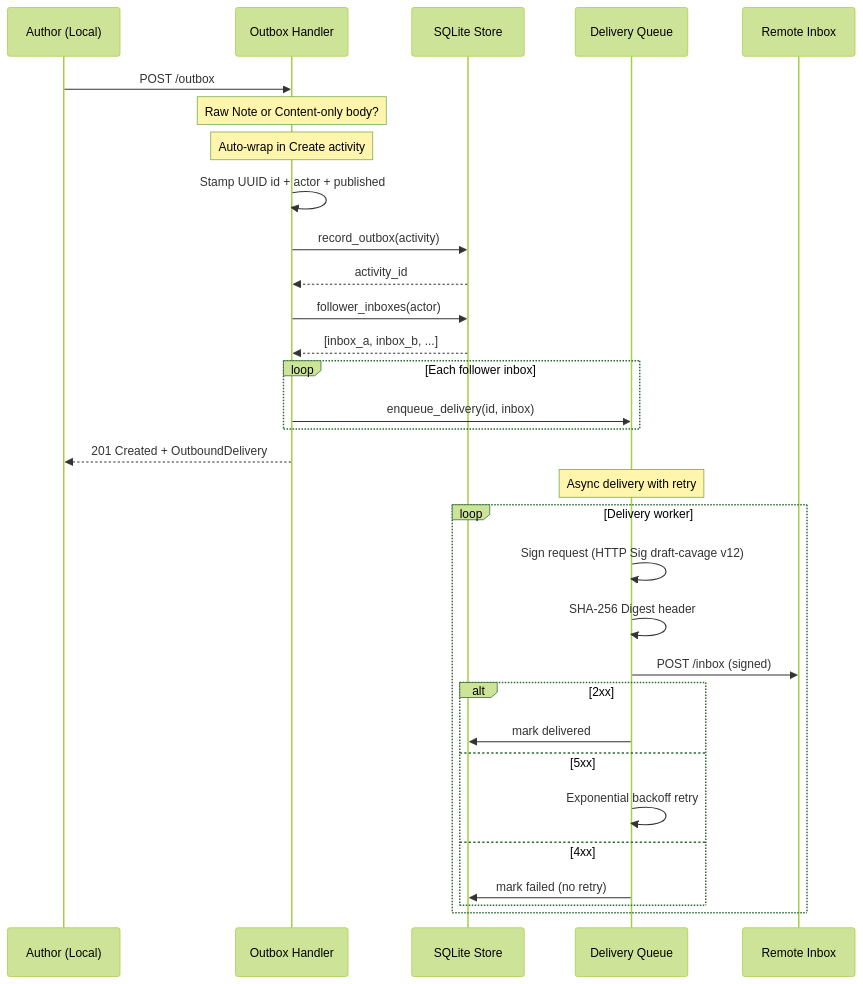
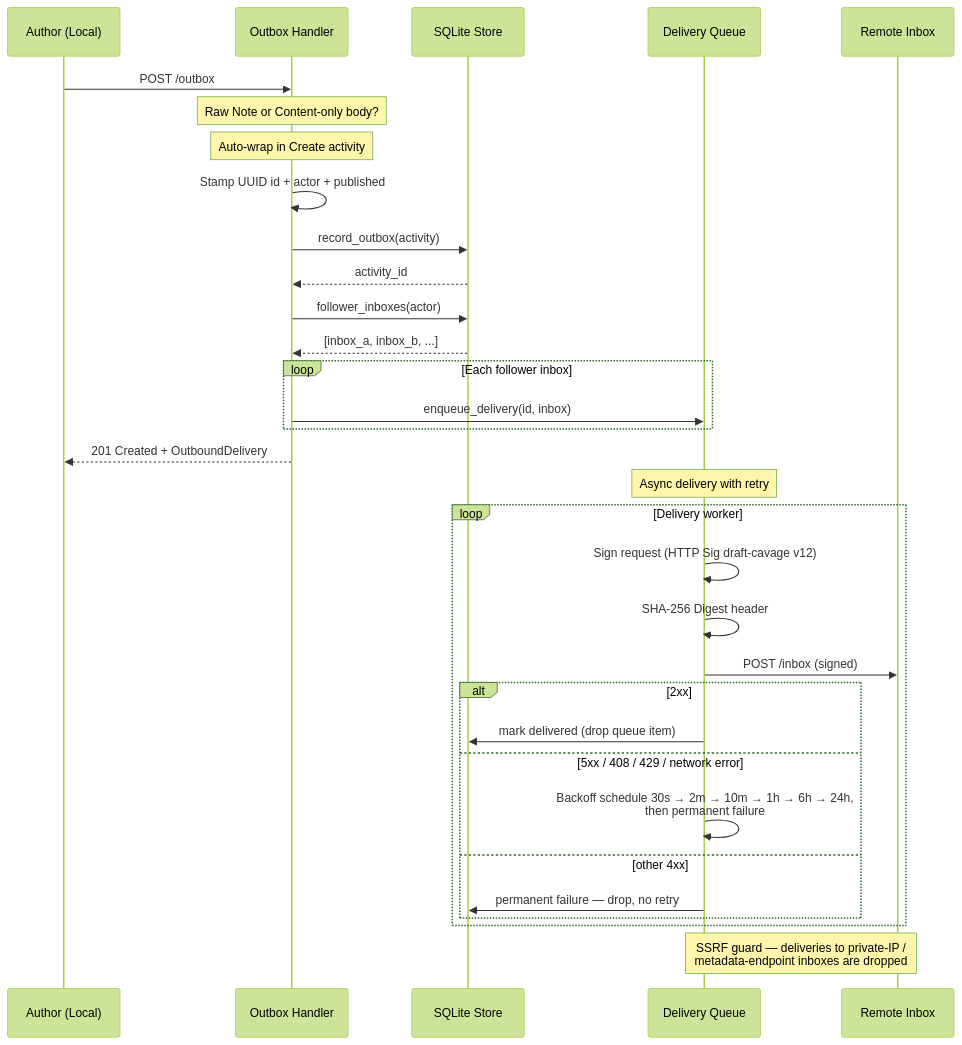
Before and after one commit to DreamLab-AI/solid-pod-rs: the first of 2 diagrams in crates/solid-pod-rs-activitypub/README.md, drawn with Mermaid (forest theme). The commit also changed 12 other files, not shown here.

First line of the commit message:
docs(diagrams): verify mermaid diagrams against crate code; correct drifted claims

````diff
--- a/crates/solid-pod-rs-activitypub/README.md
+++ b/crates/solid-pod-rs-activitypub/README.md
@@ -25,40 +25,42 @@
 ```mermaid
 sequenceDiagram
     participant Author as Author (Local)
     participant Outbox as Outbox Handler
     participant Store as SQLite Store
     participant DQ as Delivery Queue
     participant Remote as Remote Inbox
 
     Author->>Outbox: POST /outbox
     Note over Outbox: Raw Note or Content-only body?
     Note over Outbox: Auto-wrap in Create activity
 
     Outbox->>Outbox: Stamp UUID id + actor + published
     Outbox->>Store: record_outbox(activity)
     Store-->>Outbox: activity_id
 
     Outbox->>Store: follower_inboxes(actor)
     Store-->>Outbox: [inbox_a, inbox_b, ...]
 
     loop Each follower inbox
         Outbox->>DQ: enqueue_delivery(id, inbox)
     end
 
     Outbox-->>Author: 201 Created + OutboundDelivery
 
     Note over DQ: Async delivery with retry
 
     loop Delivery worker
         DQ->>DQ: Sign request (HTTP Sig draft-cavage v12)
         DQ->>DQ: SHA-256 Digest header
         DQ->>Remote: POST /inbox (signed)
         alt 2xx
-            DQ->>Store: mark delivered
-        else 5xx
-            DQ->>DQ: Exponential backoff retry
-        else 4xx
-            DQ->>Store: mark failed (no retry)
+            DQ->>Store: mark delivered (drop queue item)
+        else 5xx / 408 / 429 / network error
+            DQ->>DQ: Backoff schedule 30s → 2m → 10m → 1h → 6h → 24h,<br/>then permanent failure
+        else other 4xx
+            DQ->>Store: permanent failure — drop, no retry
         end
     end
+
+    Note over DQ,Remote: SSRF guard — deliveries to private-IP /<br/>metadata-endpoint inboxes are dropped
 ```
````
